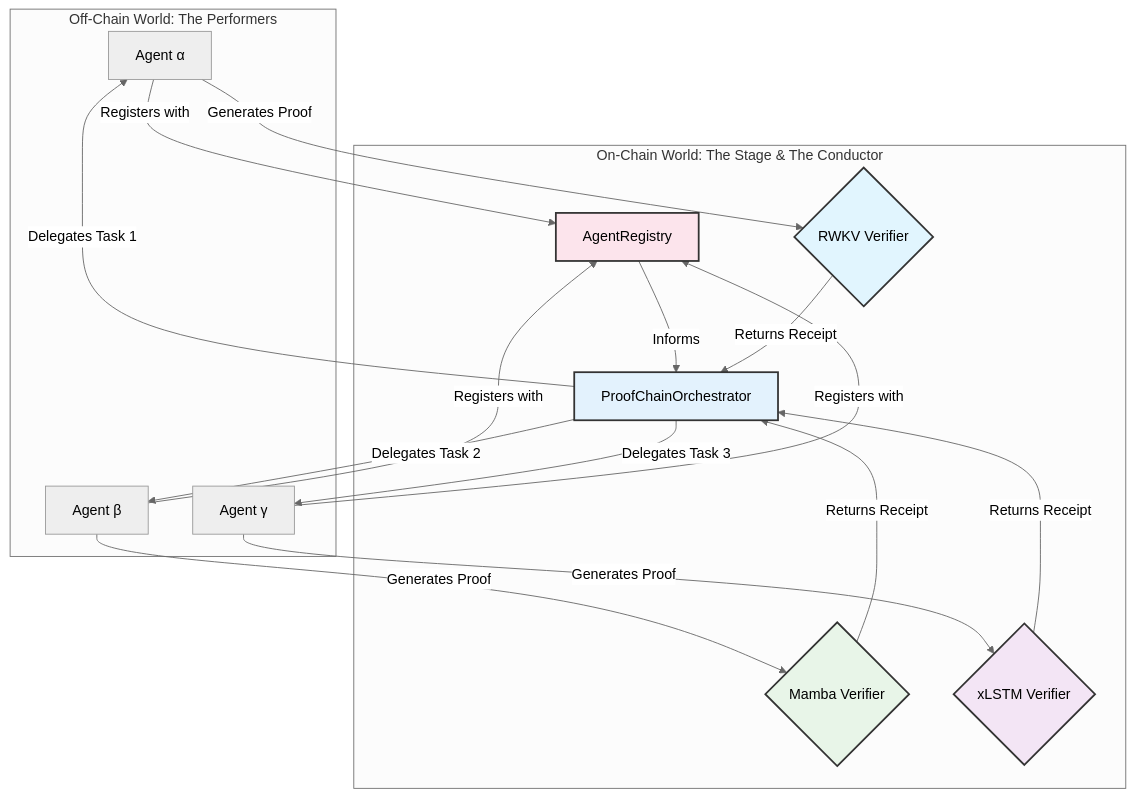
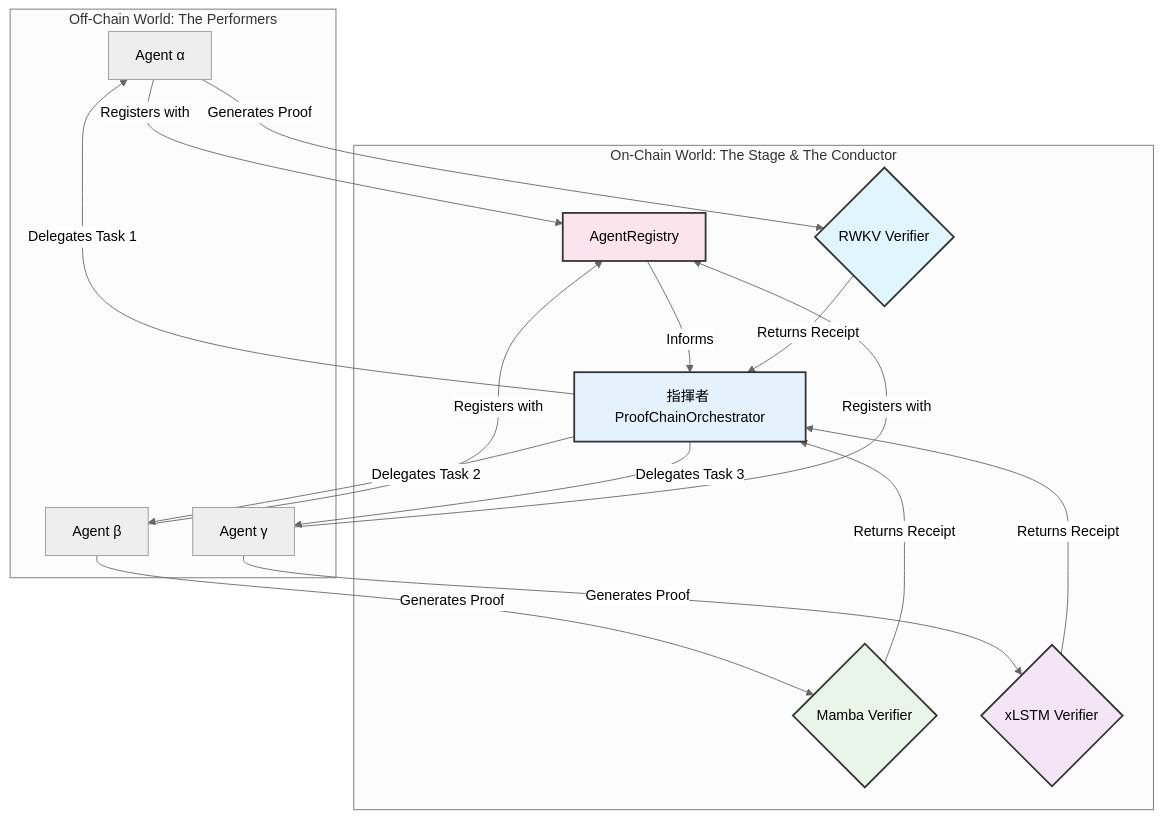
Before and after one commit to bmorphism/ezkl-ethglobal2025: the diagram in README.md, drawn with Mermaid (neutral theme). The commit also changed other lines of this file and 2 other files, not shown here.

````diff
--- a/README.md
+++ b/README.md
@@ -15,34 +40,34 @@
 ```mermaid
 graph TD
     subgraph "Off-Chain World: The Performers"
         A[Agent α]
         B[Agent β]
         C[Agent γ]
     end
 
     subgraph "On-Chain World: The Stage & The Conductor"
         A -- Registers with --> R[AgentRegistry]
         B -- Registers with --> R
         C -- Registers with --> R
 
-        R -- Informs --> O[ProofChainOrchestrator]
+        R -- Informs --> O[指揮者 ProofChainOrchestrator]
 
         A -- Generates Proof --> V1{RWKV Verifier}
         O -- Delegates Task 1 --> A
         V1 -- Returns Receipt --> O
 
         B -- Generates Proof --> V2{Mamba Verifier}
         O -- Delegates Task 2 --> B
         V2 -- Returns Receipt --> O
 
         C -- Generates Proof --> V3{xLSTM Verifier}
         O -- Delegates Task 3 --> C
         V3 -- Returns Receipt --> O
     end
     
     style R fill:#fce4ec,stroke:#333,stroke-width:2px
     style O fill:#e3f2fd,stroke:#333,stroke-width:2px
     style V1 fill:#e1f5fe,stroke:#333,stroke-width:2px
     style V2 fill:#e8f5e8,stroke:#333,stroke-width:2px
     style V3 fill:#f3e5f5,stroke:#333,stroke-width:2px
 ```
````
